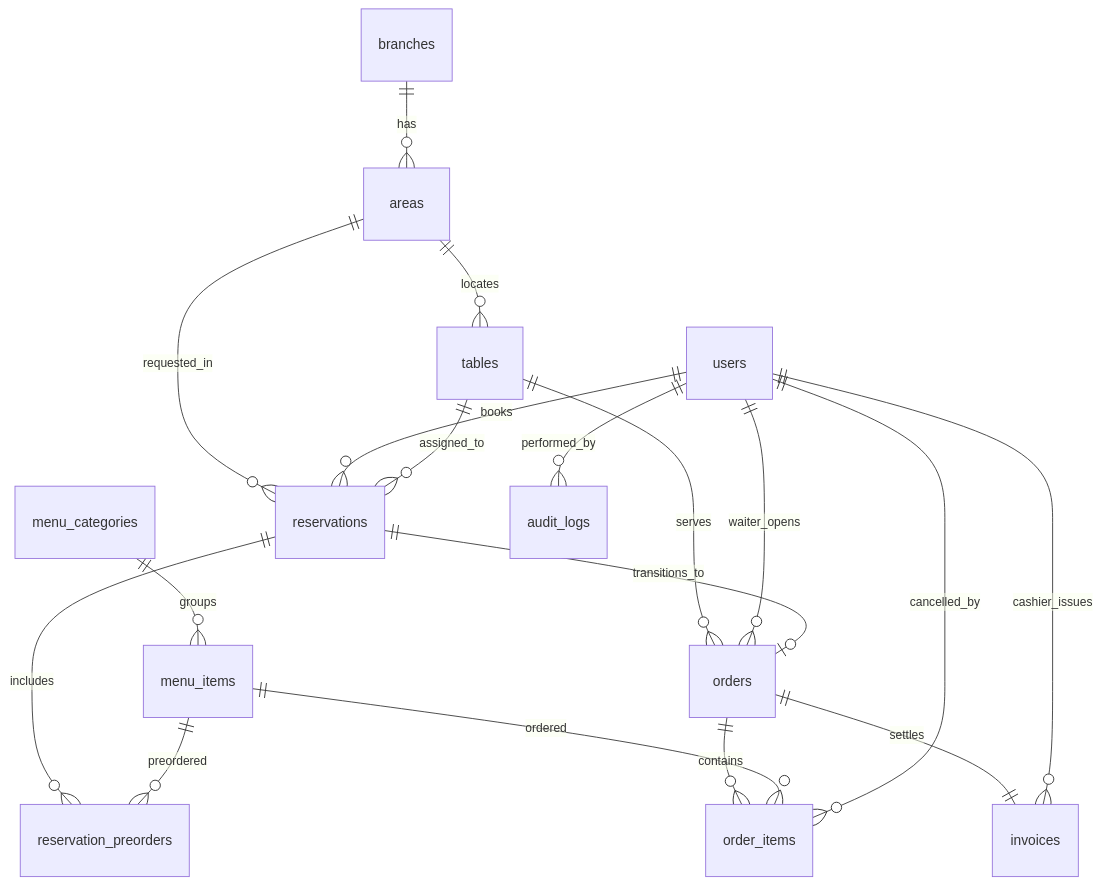
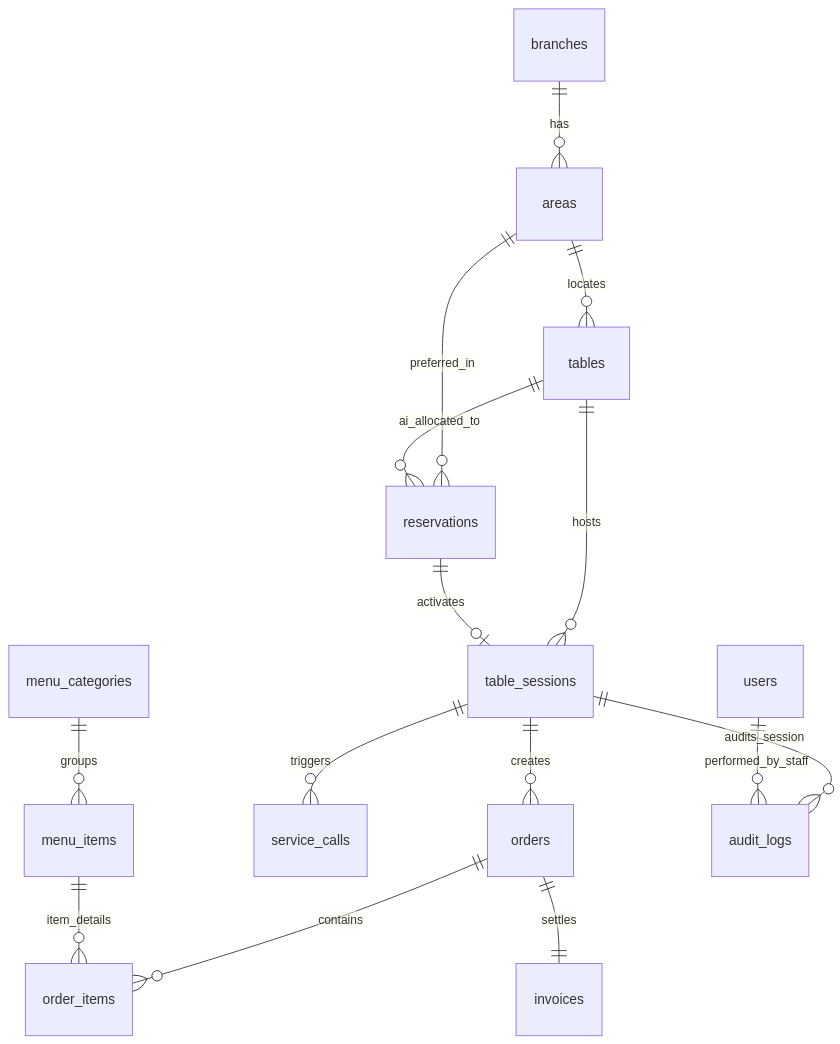
The diagram in docs/DATABASE.md (hoangvu180225-cell/smart-restaurant), drawn with Mermaid before and after one commit. The commit also changed other lines of this file and 13 other files, not shown here.

````diff
--- a/docs/DATABASE.md
+++ b/docs/DATABASE.md
@@ -24,20 +11,17 @@
 ```mermaid
 erDiagram
     branches ||--o{ areas : "has"
     areas ||--o{ tables : "locates"
-    areas ||--o{ reservations : "requested_in"
-    users ||--o{ reservations : "books"
-    tables ||--o{ reservations : "assigned_to"
-    tables ||--o{ orders : "serves"
-    users ||--o{ orders : "waiter_opens"
-    reservations ||--o| orders : "transitions_to"
-    reservations ||--o{ reservation_preorders : "includes"
+    areas ||--o{ reservations : "preferred_in"
+    tables ||--o{ reservations : "ai_allocated_to"
+    tables ||--o{ table_sessions : "hosts"
+    reservations ||--o| table_sessions : "activates"
+    table_sessions ||--o{ orders : "creates"
+    table_sessions ||--o{ service_calls : "triggers"
     menu_categories ||--o{ menu_items : "groups"
-    menu_items ||--o{ reservation_preorders : "preordered"
     orders ||--o{ order_items : "contains"
-    menu_items ||--o{ order_items : "ordered"
-    users ||--o{ order_items : "cancelled_by"
+    menu_items ||--o{ order_items : "item_details"
     orders ||--|| invoices : "settles"
-    users ||--o{ invoices : "cashier_issues"
-    users ||--o{ audit_logs : "performed_by"
+    table_sessions ||--o{ audit_logs : "audits_session"
+    users ||--o{ audit_logs : "performed_by_staff"
 ```
````
